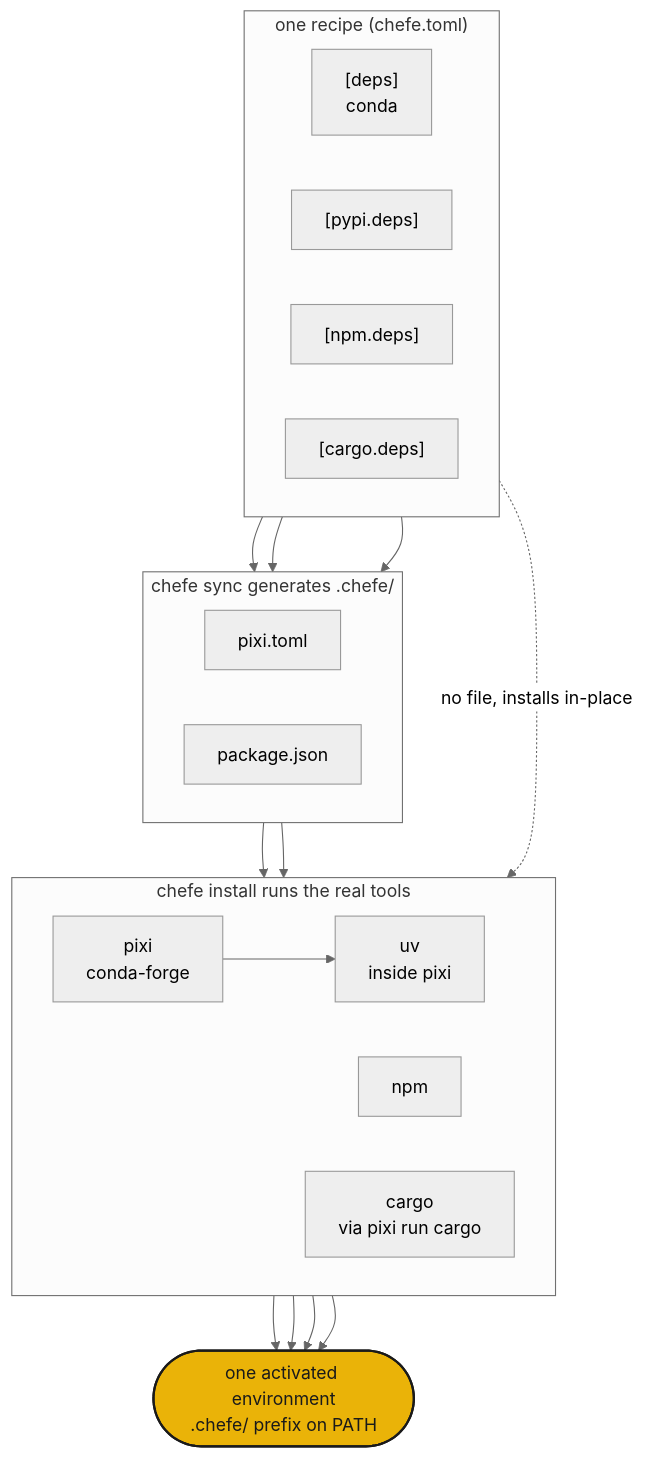
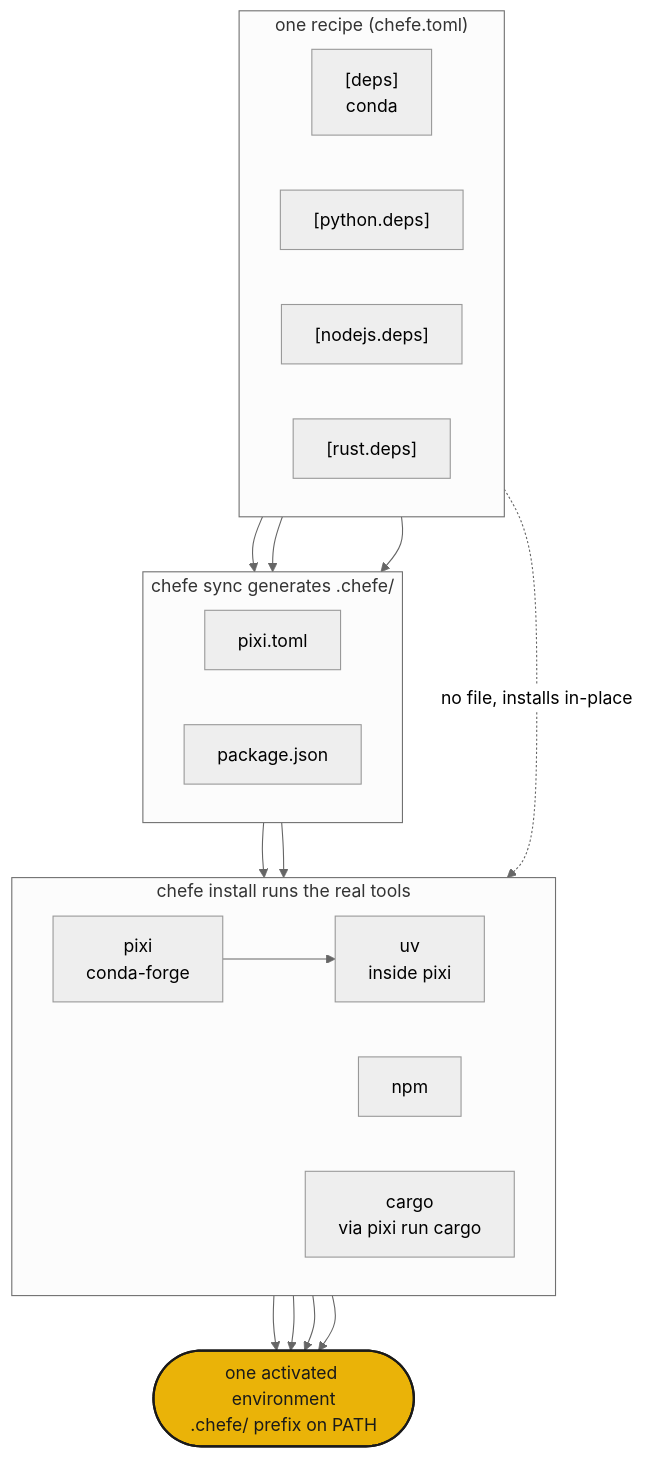
One commit to phvv-me/chefe changed the diagram in docs/how-it-works.md. Above: the diagram before and after it, drawn with Mermaid (neutral theme). The commit also changed other lines of this file and 51 other files, not shown here.

````diff
--- a/docs/how-it-works.md
+++ b/docs/how-it-works.md
@@ -5,42 +5,42 @@
 ```mermaid
 flowchart TB
     subgraph recipe["one recipe (chefe.toml)"]
         direction LR
         D["[deps]<br/>conda"]
-        PY["[pypi.deps]"]
-        NP["[npm.deps]"]
-        CG["[cargo.deps]"]
+        PY["[python.deps]"]
+        NP["[nodejs.deps]"]
+        CG["[rust.deps]"]
     end
 
     subgraph compiled["chefe sync generates .chefe/"]
         direction LR
         PT["pixi.toml"]
         PJ["package.json"]
     end
 
     subgraph solve["chefe install runs the real tools"]
         direction LR
         PIXI["pixi<br/>conda-forge"]
         UV["uv<br/>inside pixi"]
         NPM["npm"]
         CARGO["cargo<br/>via pixi run cargo"]
     end
 
     ENV(["one activated environment<br/>.chefe/ prefix on PATH"]):::brand
 
     D --> PT
     PY --> PT
     NP --> PJ
     CG -. no file, installs in-place .-> CARGO
 
     PT --> PIXI
     PIXI --> UV
     PJ --> NPM
 
     PIXI --> ENV
     UV --> ENV
     NPM --> ENV
     CARGO --> ENV
 
     classDef brand fill:#eab308,stroke:#1a1a1a,stroke-width:2px,color:#1a1a1a;
 ```
````
